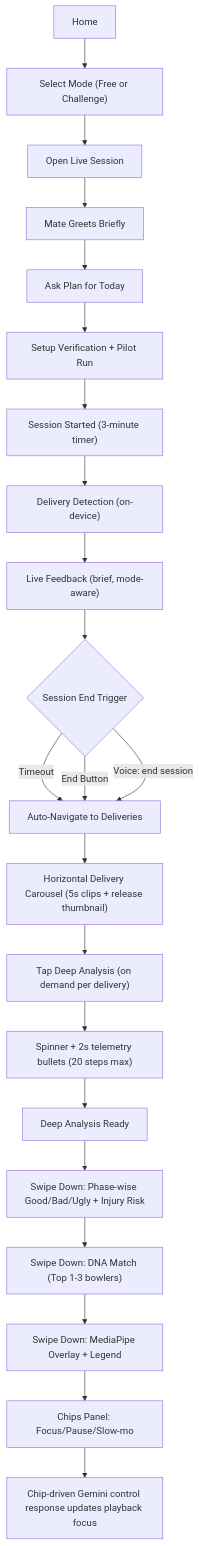
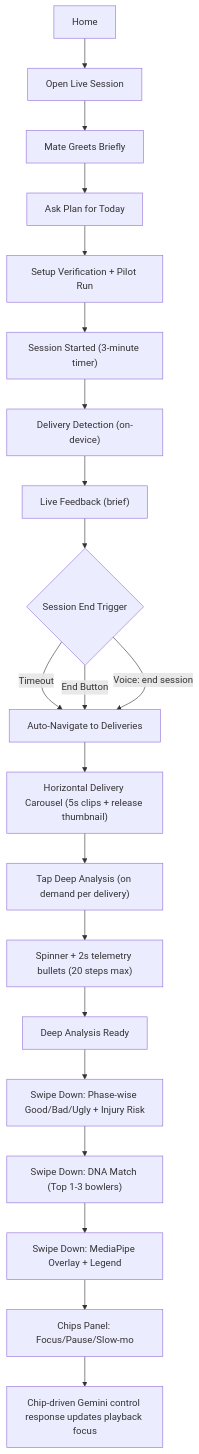
Before and after one commit to kanarupandev/wellbowled.ai: the first of 4 diagrams in docs/live_session_and_deep_analysis_diagrams.md, drawn with Mermaid. The commit also changed other lines of this file and 5 other files, not shown here.

````diff
--- a/docs/live_session_and_deep_analysis_diagrams.md
+++ b/docs/live_session_and_deep_analysis_diagrams.md
@@ -9,24 +9,23 @@
 ```mermaid
 flowchart TD
-    A["Home"] --> B["Select Mode (Free or Challenge)"]
-    B --> C["Open Live Session"]
-    C --> D["Mate Greets Briefly"]
-    D --> E["Ask Plan for Today"]
-    E --> F["Setup Verification + Pilot Run"]
-    F --> G["Session Started (3-minute timer)"]
-    G --> H["Delivery Detection (on-device)"]
-    H --> I["Live Feedback (brief, mode-aware)"]
-    I --> J{"Session End Trigger"}
+    A["Home"] --> B["Open Live Session"]
+    B --> C["Mate Greets Briefly"]
+    C --> D["Ask Plan for Today"]
+    D --> E["Setup Verification + Pilot Run"]
+    E --> F["Session Started (3-minute timer)"]
+    F --> G["Delivery Detection (on-device)"]
+    G --> H["Live Feedback (brief)"]
+    H --> J{"Session End Trigger"}
     J -->|"Timeout"| K["Auto-Navigate to Deliveries"]
     J -->|"End Button"| K
     J -->|"Voice: end session"| K
     K --> L["Horizontal Delivery Carousel (5s clips + release thumbnail)"]
     L --> M["Tap Deep Analysis (on demand per delivery)"]
     M --> N["Spinner + 2s telemetry bullets (20 steps max)"]
     N --> O["Deep Analysis Ready"]
     O --> P["Swipe Down: Phase-wise Good/Bad/Ugly + Injury Risk"]
     P --> Q["Swipe Down: DNA Match (Top 1-3 bowlers)"]
     Q --> R["Swipe Down: MediaPipe Overlay + Legend"]
     R --> S["Chips Panel: Focus/Pause/Slow-mo"]
     S --> T["Chip-driven Gemini control response updates playback focus"]
 ```
````
